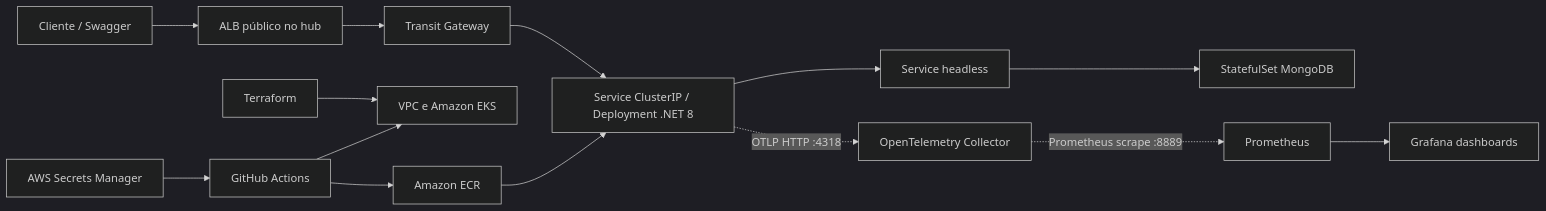
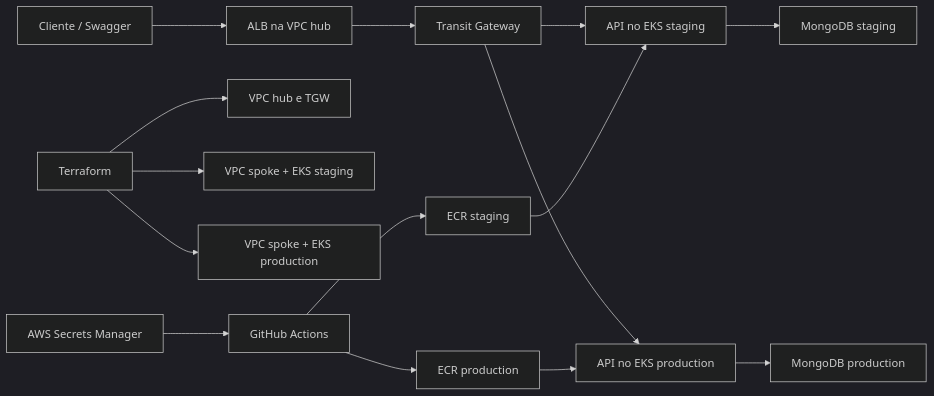
One commit to patrickpk4/projeto-cadastro-com-pipeline changed the diagram in readme.md. Above: the diagram before and after it, drawn with Mermaid (dark theme). The commit also changed other lines of this file and 35 other files, not shown here.

````diff
--- a/readme.md
+++ b/readme.md
@@ -53,18 +53,18 @@
 ```mermaid
 flowchart LR
-    Client[Cliente / Swagger] --> ALB[ALB público no hub]
+    Client[Cliente / Swagger] --> ALB[ALB na VPC hub]
     ALB --> TGW[Transit Gateway]
-    TGW --> API[Service ClusterIP / Deployment .NET 8]
-    API --> DB[Service headless]
-    DB --> Mongo[StatefulSet MongoDB]
+    TGW --> APIS[API no EKS staging]
+    TGW --> APIP[API no EKS production]
+    APIS --> DBS[MongoDB staging]
+    APIP --> DBP[MongoDB production]
 
-    API -. OTLP HTTP :4318 .-> Collector[OpenTelemetry Collector]
-    Collector -. Prometheus scrape :8889 .-> Prom[Prometheus]
-    Prom --> Grafana[Grafana dashboards]
-
-    Terraform[Terraform] --> AWS[VPC e Amazon EKS]
-    Actions[GitHub Actions] --> ECR[Amazon ECR]
-    ECR --> API
+    Terraform[Terraform] --> Hub[VPC hub e TGW]
+    Terraform --> Staging[VPC spoke + EKS staging]
+    Terraform --> Production[VPC spoke + EKS production]
+    Actions[GitHub Actions] --> ECRS[ECR staging]
+    Actions --> ECRP[ECR production]
     Secrets[AWS Secrets Manager] --> Actions
-    Actions --> AWS
+    ECRS --> APIS
+    ECRP --> APIP
 ```
````
